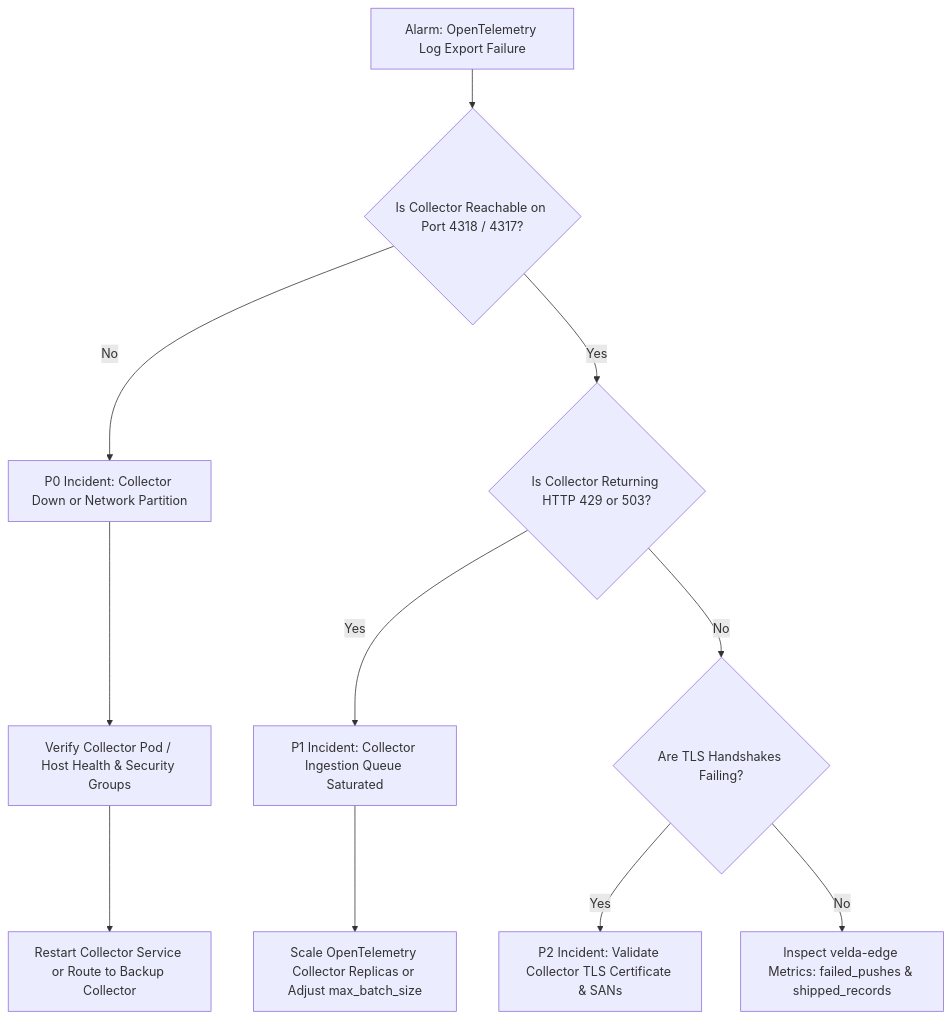
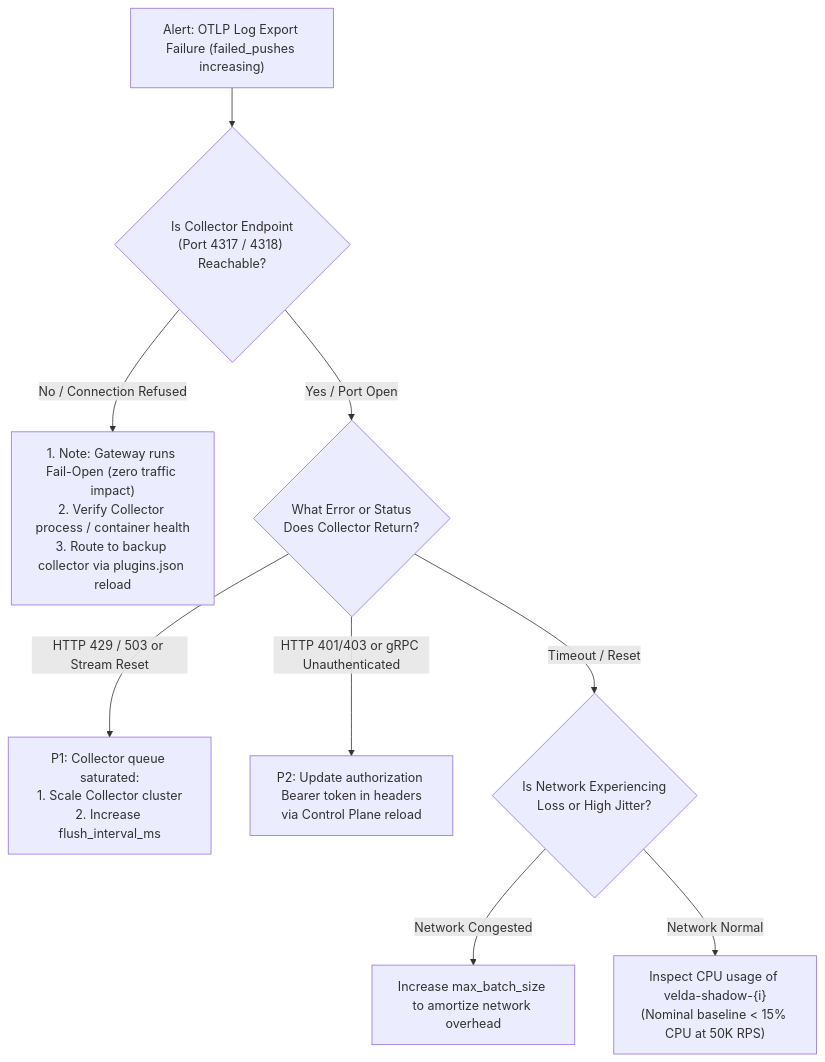
Before and after one commit to phucle996/velda-edge: the diagram in crates/velda-plugin/src/background/otlp_log_shipper/RUNBOOK.md, drawn with Mermaid. The commit also changed other lines of this file and 68 other files, not shown here.

````diff
--- a/crates/velda-plugin/src/background/otlp_log_shipper/RUNBOOK.md
+++ b/crates/velda-plugin/src/background/otlp_log_shipper/RUNBOOK.md
@@ -29,13 +86,14 @@
 ```mermaid
 flowchart TD
-    A["Alarm: OpenTelemetry Log Export Failure"] --> B{"Is Collector Reachable on Port 4318 / 4317?"}
-    B -- No --> C["P0 Incident: Collector Down or Network Partition"]
-    C --> D["Verify Collector Pod / Host Health & Security Groups"]
-    D --> E["Restart Collector Service or Route to Backup Collector"]
-    B -- Yes --> F{"Is Collector Returning HTTP 429 or 503?"}
-    F -- Yes --> G["P1 Incident: Collector Ingestion Queue Saturated"]
-    G --> H["Scale OpenTelemetry Collector Replicas or Adjust max_batch_size"]
-    F -- No --> I{"Are TLS Handshakes Failing?"}
-    I -- Yes --> J["P2 Incident: Validate Collector TLS Certificate & SANs"]
-    I -- No --> K["Inspect velda-edge Metrics: failed_pushes & shipped_records"]
+    ALERT["Alert: OTLP Log Export Failure (failed_pushes increasing)"] --> CHK_COLLECTOR{"Is Collector Endpoint\n(Port 4317 / 4318) Reachable?"}
+
+    CHK_COLLECTOR -->|"No / Connection Refused"| ACT_COLLECTOR["1. Note: Gateway runs Fail-Open (zero traffic impact)\n2. Verify Collector process / container health\n3. Route to backup collector via plugins.json reload"]
+    CHK_COLLECTOR -->|"Yes / Port Open"| CHK_STATUS{"What Error or Status\nDoes Collector Return?"}
+
+    CHK_STATUS -->|"HTTP 429 / 503 or Stream Reset"| FIX_QUEUE["P1: Collector queue saturated:\n1. Scale Collector cluster\n2. Increase flush_interval_ms"]
+    CHK_STATUS -->|"HTTP 401/403 or gRPC Unauthenticated"| FIX_AUTH["P2: Update authorization Bearer token in headers\nvia Control Plane reload"]
+    CHK_STATUS -->|"Timeout / Reset"| CHK_NET{"Is Network Experiencing\nLoss or High Jitter?"}
+
+    CHK_NET -->|"Network Congested"| ACT_BATCH["Increase max_batch_size to amortize network overhead"]
+    CHK_NET -->|"Network Normal"| CHK_THREAD["Inspect CPU usage of velda-shadow-{i}\n(Nominal baseline < 15% CPU at 50K RPS)"]
 ```
````
